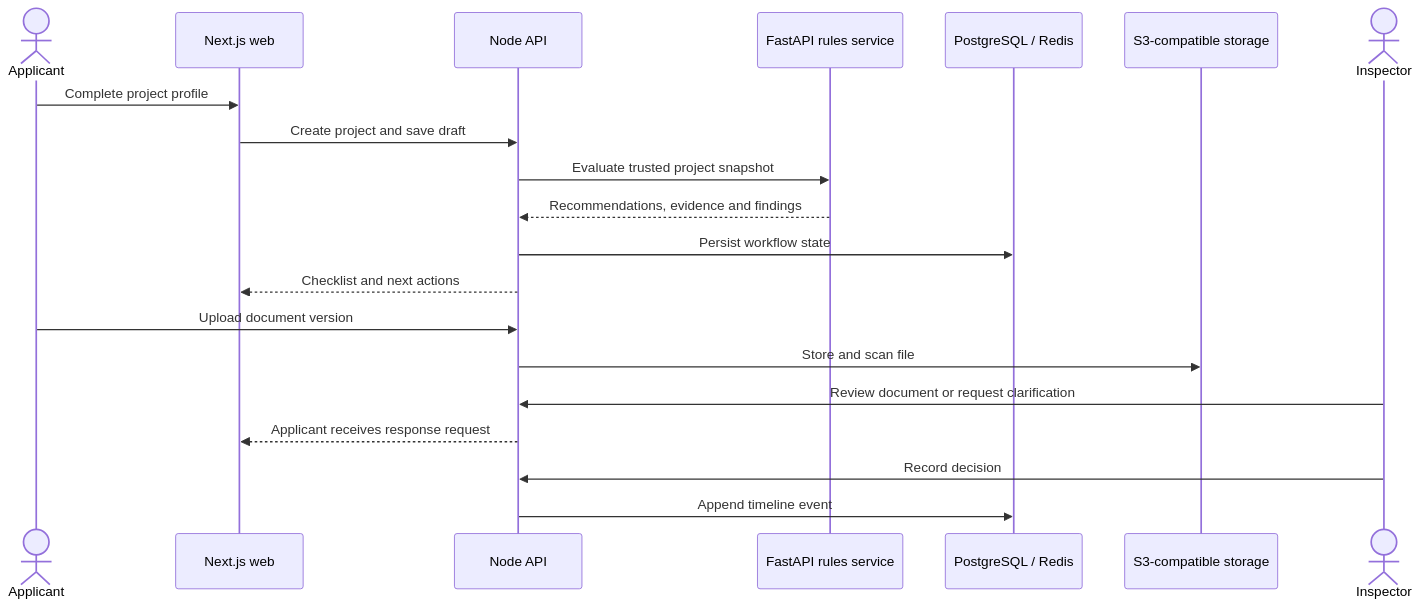
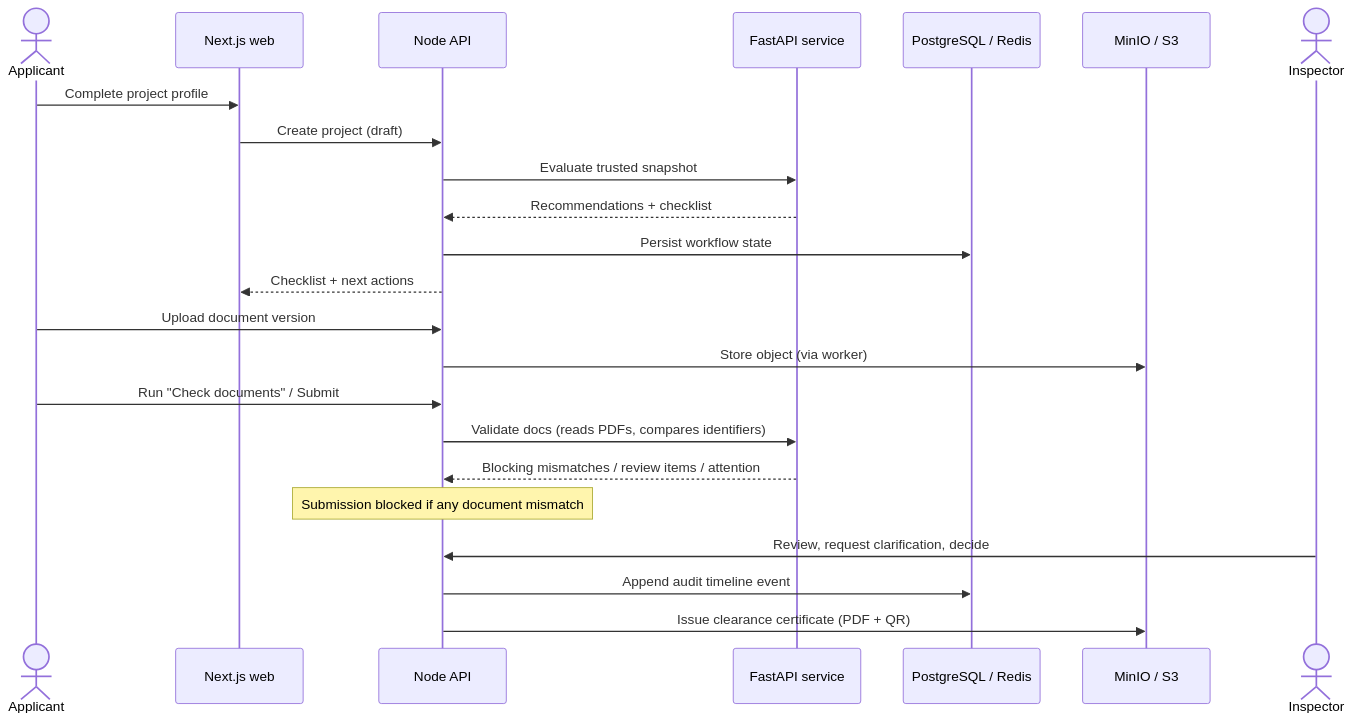
One commit to Rootcode26/Maitri3.0 changed the third of 3 diagrams in README.md. Above: the diagram before and after it, drawn with Mermaid. The commit also changed other lines of this file, not shown here.

First line of the commit message:
docs: rewrite README for current architecture, features and deployment

````diff
--- a/README.md
+++ b/README.md
@@ -253,23 +210,26 @@
 ```mermaid
 sequenceDiagram
     actor Applicant
     participant Web as Next.js web
     participant API as Node API
-    participant Rules as FastAPI rules service
+    participant Rules as FastAPI service
     participant Data as PostgreSQL / Redis
-    participant Files as S3-compatible storage
+    participant Files as MinIO / S3
     actor Inspector
 
     Applicant->>Web: Complete project profile
-    Web->>API: Create project and save draft
-    API->>Rules: Evaluate trusted project snapshot
-    Rules-->>API: Recommendations, evidence and findings
+    Web->>API: Create project (draft)
+    API->>Rules: Evaluate trusted snapshot
+    Rules-->>API: Recommendations + checklist
     API->>Data: Persist workflow state
-    API-->>Web: Checklist and next actions
+    API-->>Web: Checklist + next actions
     Applicant->>API: Upload document version
-    API->>Files: Store and scan file
-    Inspector->>API: Review document or request clarification
-    API-->>Web: Applicant receives response request
-    Inspector->>API: Record decision
-    API->>Data: Append timeline event
+    API->>Files: Store object (via worker)
+    Applicant->>API: Run "Check documents" / Submit
+    API->>Rules: Validate docs (reads PDFs, compares identifiers)
+    Rules-->>API: Blocking mismatches / review items / attention
+    Note over API: Submission blocked if any document mismatch
+    Inspector->>API: Review, request clarification, decide
+    API->>Data: Append audit timeline event
+    API->>Files: Issue clearance certificate (PDF + QR)
 ```
````
